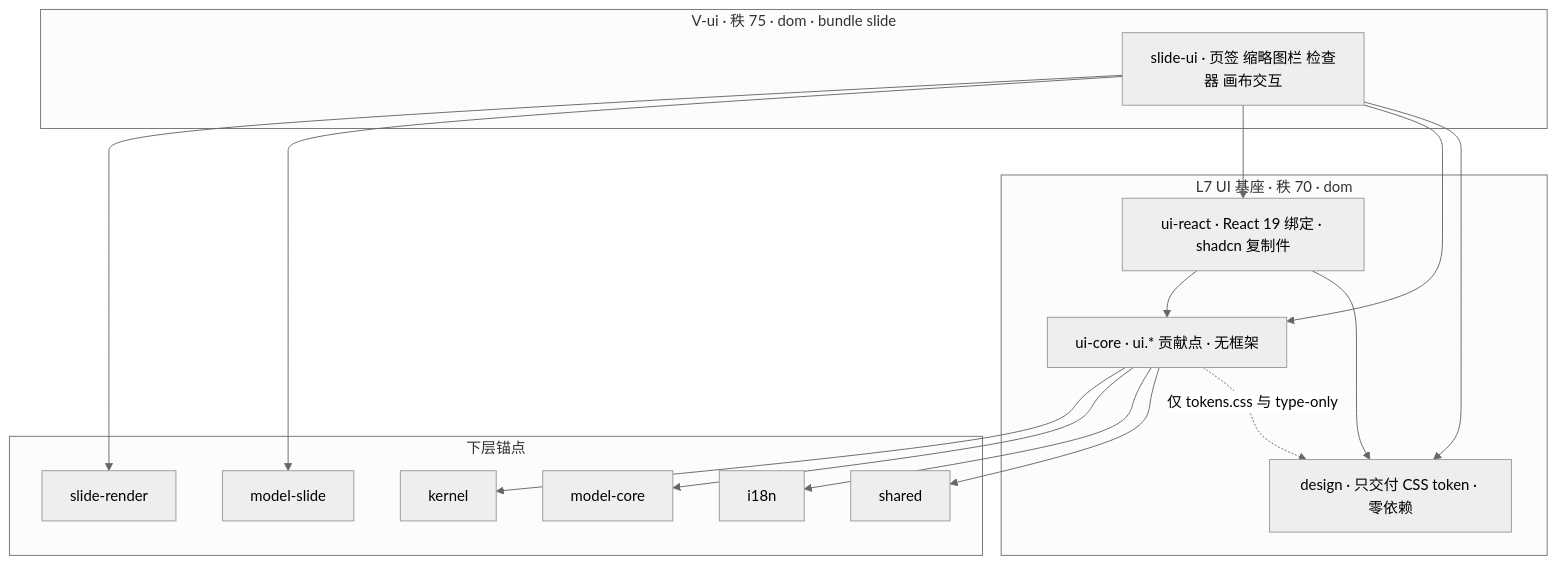
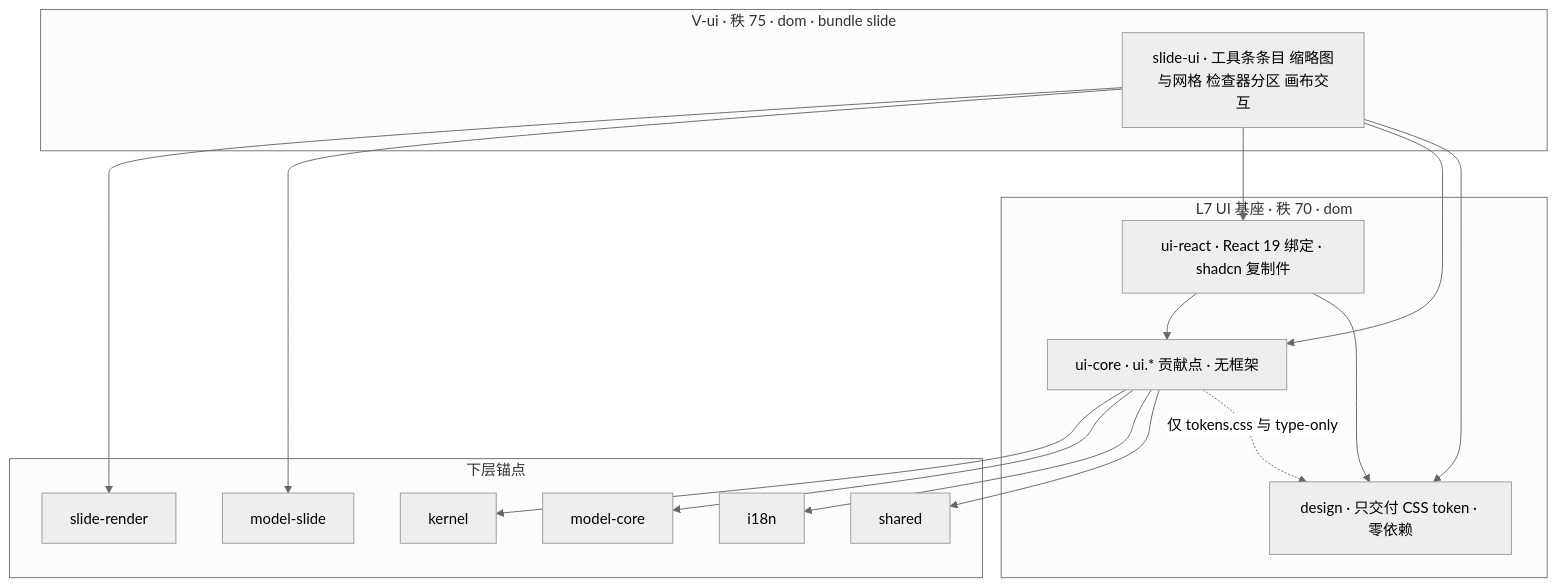
One commit to Xeonice/cordis-ppt-editor changed the tenth of 36 diagrams in docs/40-modules/18-atlas-system-and-frontend.md. Above: the diagram before and after it, drawn with Mermaid (neutral theme). The commit also changed other lines of this file and 43 other files, not shown here.

````diff
--- a/docs/40-modules/18-atlas-system-and-frontend.md
+++ b/docs/40-modules/18-atlas-system-and-frontend.md
@@ -356,31 +356,31 @@
 ```mermaid
 flowchart TB
   subgraph vu["V-ui · 秩 75 · dom · bundle slide"]
-    slideUi["slide-ui · 页签 缩略图栏 检查器 画布交互"]
+    slideUi["slide-ui · 工具条条目 缩略图与网格 检查器分区 画布交互"]
   end
   subgraph l7["L7 UI 基座 · 秩 70 · dom"]
     uiReact["ui-react · React 19 绑定 · shadcn 复制件"]
     uiCore["ui-core · ui.* 贡献点 · 无框架"]
     design["design · 只交付 CSS token · 零依赖"]
   end
   subgraph anchors7["下层锚点"]
     slideRenderC["slide-render"]
     modelSlideC["model-slide"]
     modelCoreC["model-core"]
     i18nC["i18n"]
     kernelC["kernel"]
     sharedC["shared"]
   end
   slideUi --> slideRenderC
   slideUi --> modelSlideC
   slideUi --> uiReact
   slideUi --> uiCore
   slideUi --> design
   uiReact --> uiCore
   uiReact --> design
   uiCore --> kernelC
   uiCore --> modelCoreC
   uiCore --> i18nC
   uiCore --> sharedC
   uiCore -. "仅 tokens.css 与 type-only" .-> design
 ```
````
